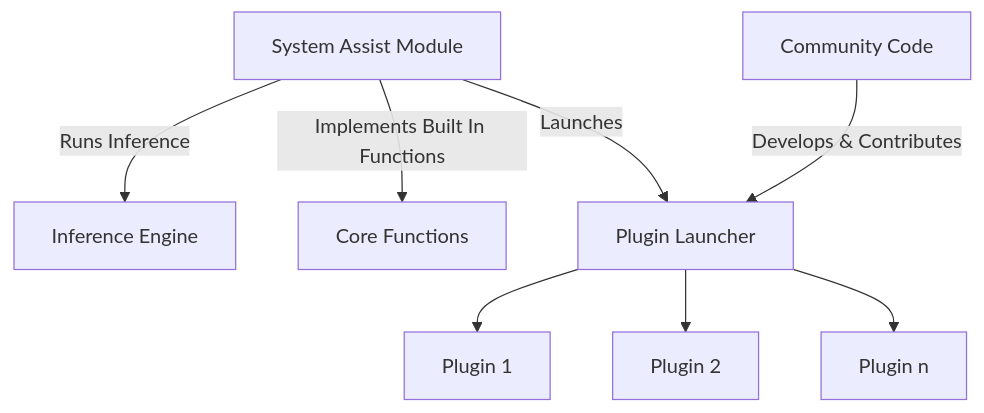
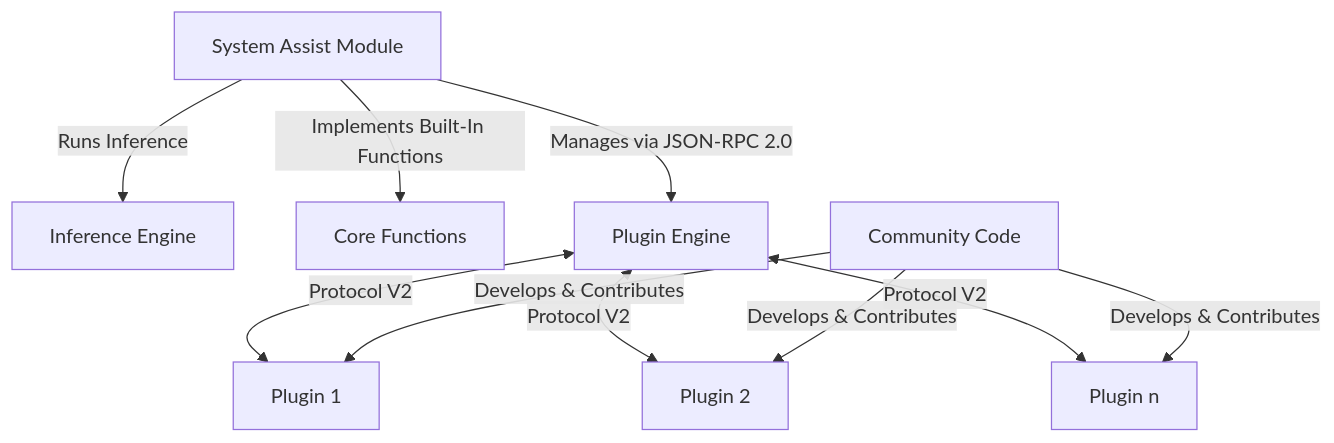
The diagram in README.md (NVIDIA/G-Assist), drawn with Mermaid before and after one commit. The commit also changed other lines of this file and 3 other files, not shown here.

Commit message:
Update Plugin Documentation to Protocol V2

````diff
--- a/README.md
+++ b/README.md
@@ -124,12 +141,14 @@
 ```mermaid
 flowchart TD
     A[System Assist Module]
     A -->|Runs Inference| B[Inference Engine]
-    A -->|Implements Built In Functions| C[Core Functions]
-    A -->|Launches| D[Plugin Launcher]
-    D --> E[Plugin 1]
-    D --> F[Plugin 2]
-    D --> G[Plugin n]
+    A -->|Implements Built-In Functions| C[Core Functions]
+    A -->|Manages via JSON-RPC 2.0| D[Plugin Engine]
+    D <-->|Protocol V2| E[Plugin 1]
+    D <-->|Protocol V2| F[Plugin 2]
+    D <-->|Protocol V2| G[Plugin n]
     H[Community Code]
-    H -->|Develops & Contributes| D
+    H -->|Develops & Contributes| E
+    H -->|Develops & Contributes| F
+    H -->|Develops & Contributes| G
 ```
````
